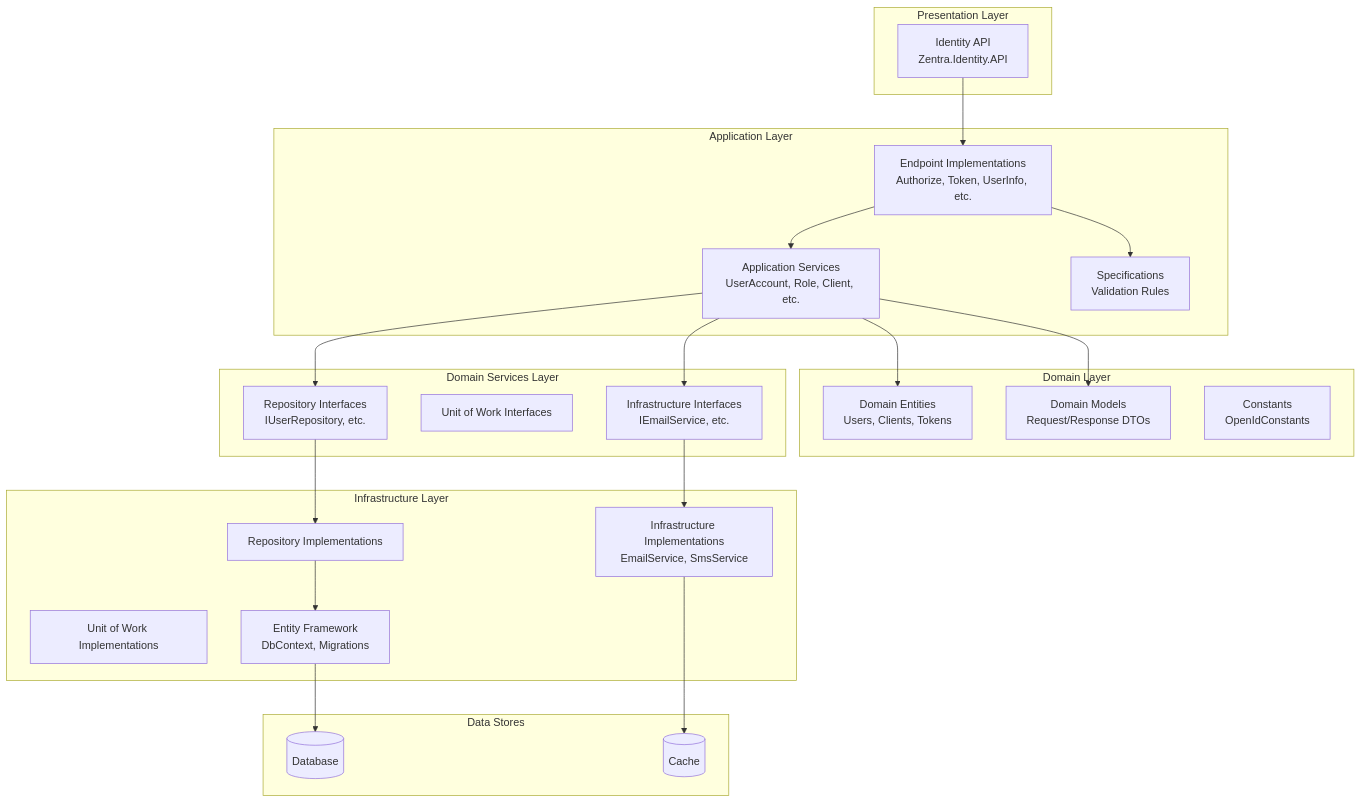
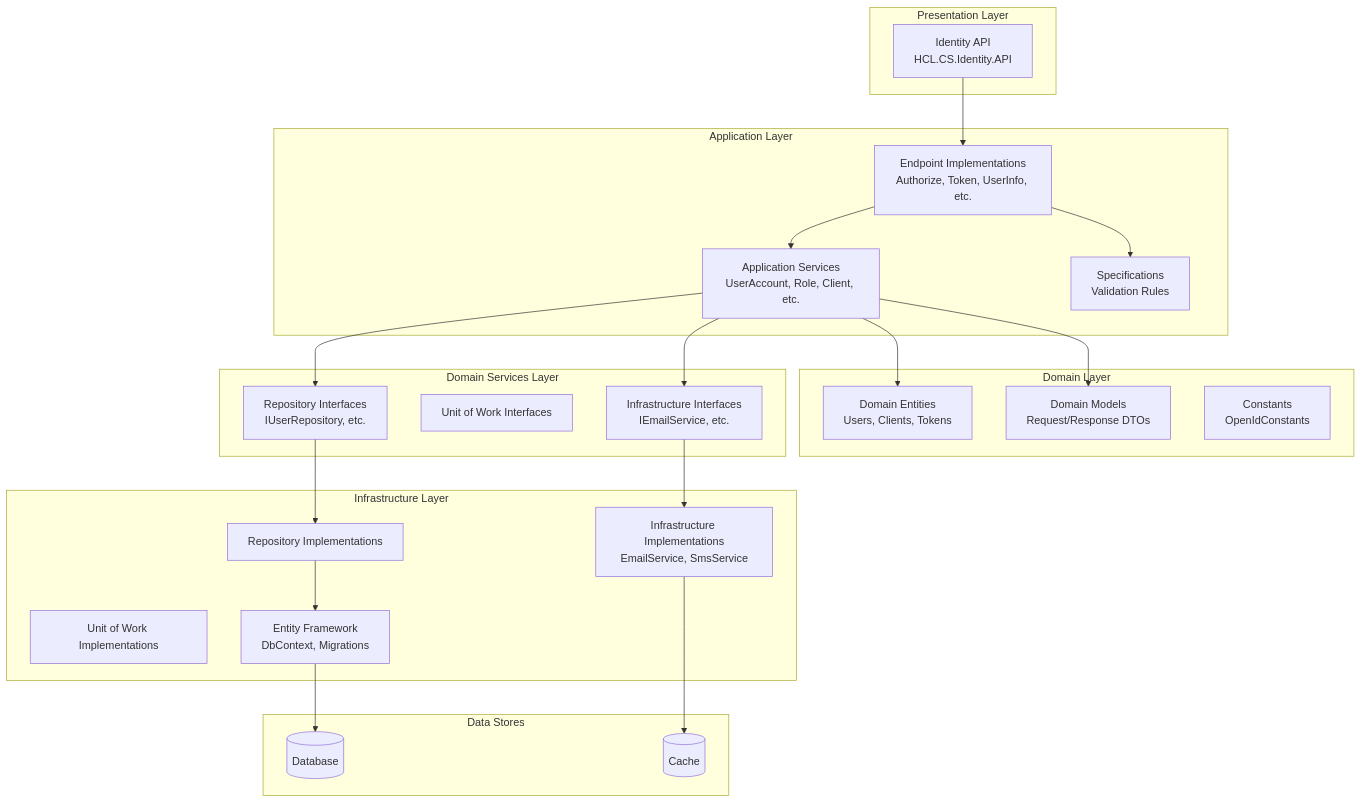
Before and after one commit to feroz-hub/SF: the third of 11 diagrams in docs/02-ARCHITECTURE.md, drawn with Mermaid. The commit also changed other lines of this file and 2233 other files, not shown here.

````diff
--- a/docs/02-ARCHITECTURE.md
+++ b/docs/02-ARCHITECTURE.md
@@ -143,51 +143,51 @@
 ```mermaid
 flowchart TB
     subgraph "Presentation Layer"
-        API[Identity API<br/>Zentra.Identity.API]
+        API[Identity API<br/>HCL.CS.Identity.API]
     end
     
     subgraph "Application Layer"
         ENDPOINTS[Endpoint Implementations<br/>Authorize, Token, UserInfo, etc.]
         SERVICES[Application Services<br/>UserAccount, Role, Client, etc.]
         SPEC[Specifications<br/>Validation Rules]
     end
     
     subgraph "Domain Layer"
         ENTITIES[Domain Entities<br/>Users, Clients, Tokens]
         MODELS[Domain Models<br/>Request/Response DTOs]
         CONSTANTS[Constants<br/>OpenIdConstants]
     end
     
     subgraph "Domain Services Layer"
         REPO_INTERFACES[Repository Interfaces<br/>IUserRepository, etc.]
         UOW_INTERFACES[Unit of Work Interfaces]
         INFRA_INTERFACES[Infrastructure Interfaces<br/>IEmailService, etc.]
     end
     
     subgraph "Infrastructure Layer"
         REPO_IMPL[Repository Implementations]
         UOW_IMPL[Unit of Work Implementations]
         INFRA_IMPL[Infrastructure Implementations<br/>EmailService, SmsService]
         EF[Entity Framework<br/>DbContext, Migrations]
     end
     
     subgraph "Data Stores"
         DB[(Database)]
         CACHE[(Cache)]
     end
     
     API --> ENDPOINTS
     ENDPOINTS --> SERVICES
     ENDPOINTS --> SPEC
     SERVICES --> ENTITIES
     SERVICES --> MODELS
     SERVICES --> REPO_INTERFACES
     SERVICES --> INFRA_INTERFACES
     
     REPO_INTERFACES --> REPO_IMPL
     INFRA_INTERFACES --> INFRA_IMPL
     
     REPO_IMPL --> EF
     EF --> DB
     INFRA_IMPL --> CACHE
 ```
````
